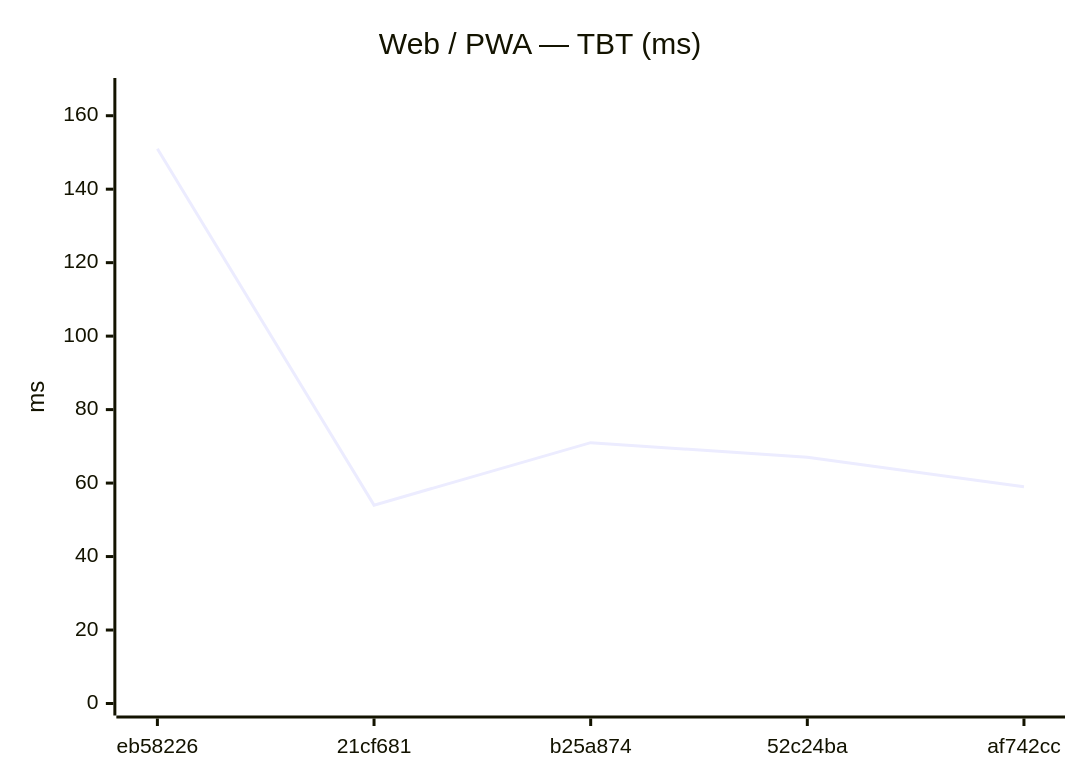
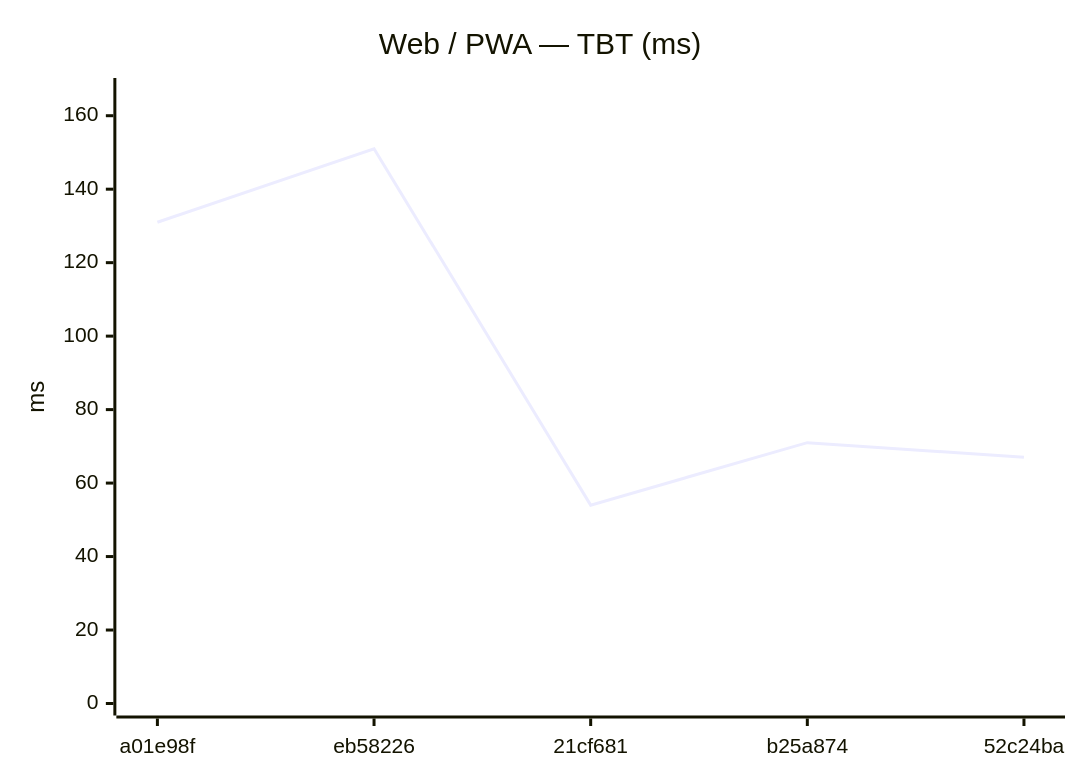
Before and after one commit to Metaheurist/Rianell: the eighth of 18 diagrams in benchmarks/compare.md, drawn with Mermaid. The commit also changed other lines of this file and 11 other files, not shown here.

````diff
--- a/benchmarks/compare.md
+++ b/benchmarks/compare.md
@@ -124,7 +124,7 @@
 ```mermaid
 xychart-beta
     title "Web / PWA — TBT (ms)"
-    x-axis ["eb58226", "21cf681", "b25a874", "52c24ba", "af742cc"]
+    x-axis ["a01e98f", "eb58226", "21cf681", "b25a874", "52c24ba"]
     y-axis "ms" 0 --> 167
-    line [151, 54, 71, 67, 59]
+    line [131, 151, 54, 71, 67]
 ```
````
